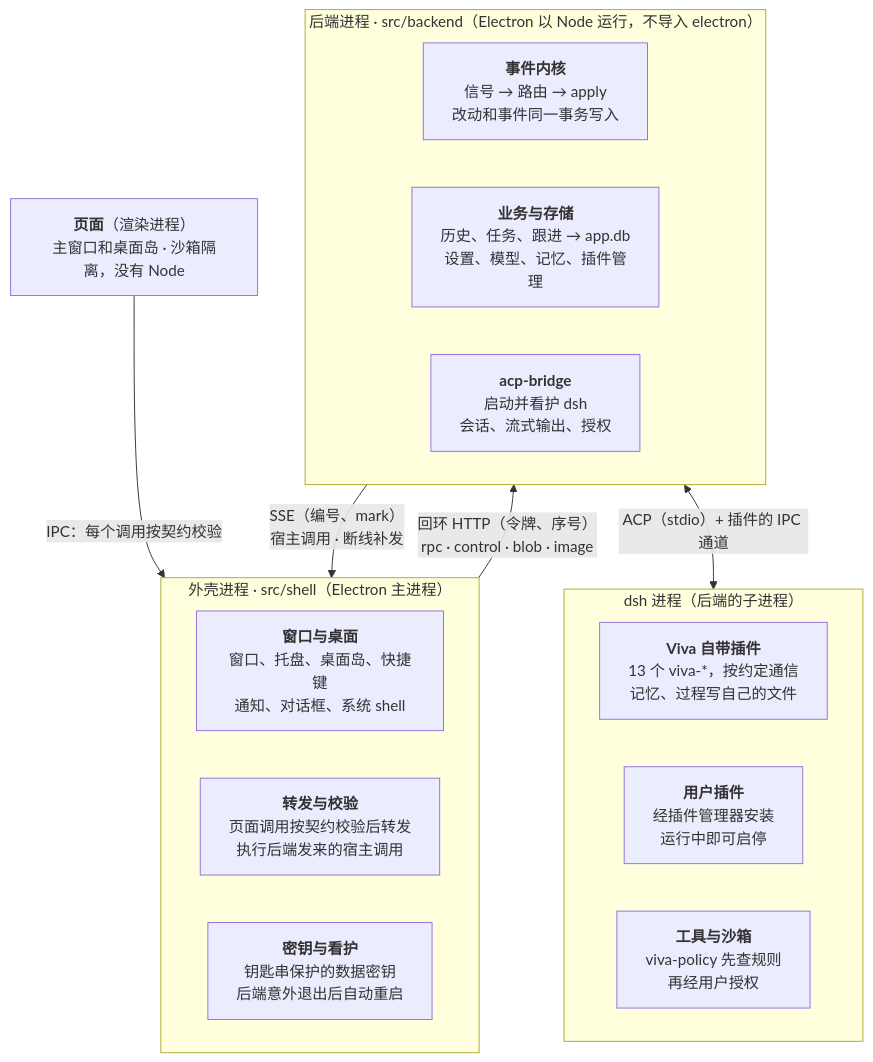
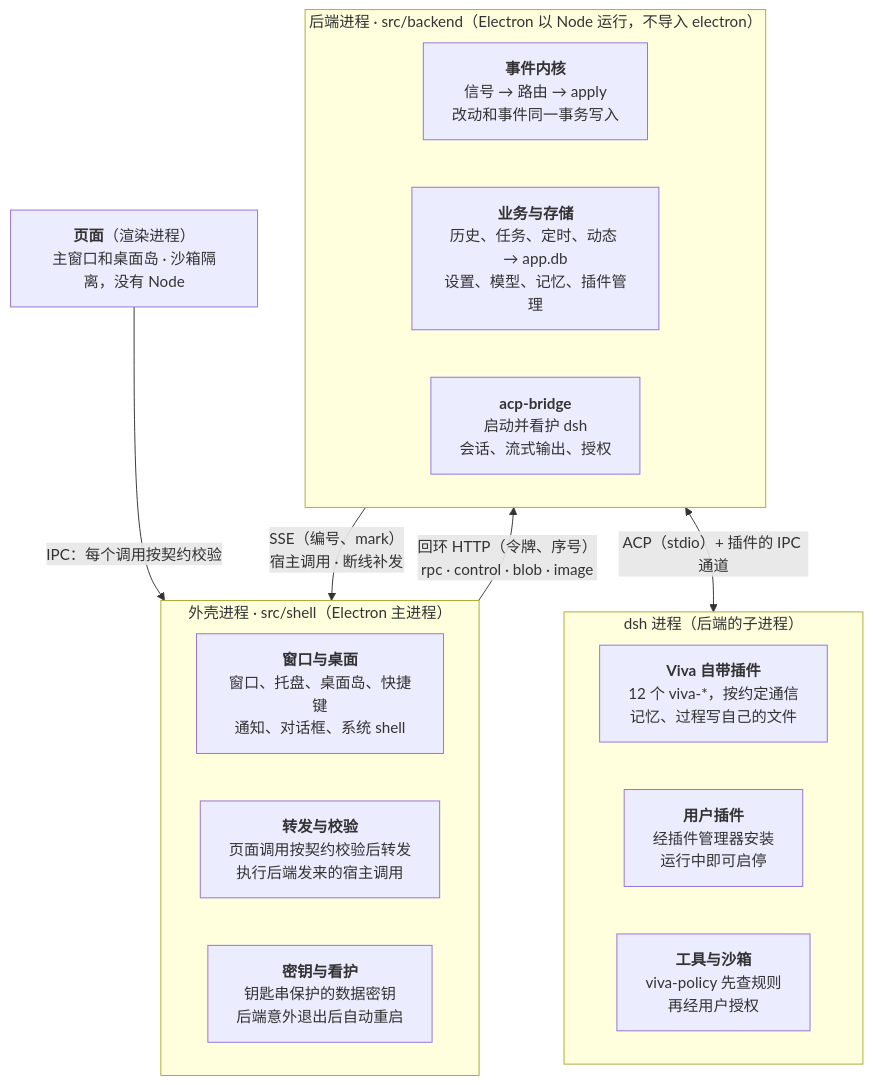
Before and after one commit to JNS0724/Viva: the diagram in docs/system-design.zh-CN.md, drawn with Mermaid. The commit also changed other lines of this file and 106 other files, not shown here.

````diff
--- a/docs/system-design.zh-CN.md
+++ b/docs/system-design.zh-CN.md
@@ -24,23 +24,23 @@
 ```mermaid
 flowchart TB
   pages["<b>页面</b>（渲染进程）<br/>主窗口和桌面岛 · 沙箱隔离，没有 Node"]
   subgraph shell["外壳进程 · src/shell（Electron 主进程）"]
     s1["<b>窗口与桌面</b><br/>窗口、托盘、桌面岛、快捷键<br/>通知、对话框、系统 shell"]
     s2["<b>转发与校验</b><br/>页面调用按契约校验后转发<br/>执行后端发来的宿主调用"]
     s3["<b>密钥与看护</b><br/>钥匙串保护的数据密钥<br/>后端意外退出后自动重启"]
   end
   subgraph backend["后端进程 · src/backend（Electron 以 Node 运行，不导入 electron）"]
     b1["<b>事件内核</b><br/>信号 → 路由 → apply<br/>改动和事件同一事务写入"]
-    b2["<b>业务与存储</b><br/>历史、任务、跟进 → app.db<br/>设置、模型、记忆、插件管理"]
+    b2["<b>业务与存储</b><br/>历史、任务、定时、动态 → app.db<br/>设置、模型、记忆、插件管理"]
     b3["<b>acp-bridge</b><br/>启动并看护 dsh<br/>会话、流式输出、授权"]
   end
   subgraph dsh["dsh 进程（后端的子进程）"]
-    d1["<b>Viva 自带插件</b><br/>13 个 viva-*，按约定通信<br/>记忆、过程写自己的文件"]
+    d1["<b>Viva 自带插件</b><br/>12 个 viva-*，按约定通信<br/>记忆、过程写自己的文件"]
     d2["<b>用户插件</b><br/>经插件管理器安装<br/>运行中即可启停"]
     d3["<b>工具与沙箱</b><br/>viva-policy 先查规则<br/>再经用户授权"]
   end
   pages -- "IPC：每个调用按契约校验" --> shell
   shell -- "回环 HTTP（令牌、序号）<br/>rpc · control · blob · image" --> backend
   backend -- "SSE（编号、mark）<br/>宿主调用 · 断线补发" --> shell
   backend <-->|"ACP（stdio）+ 插件的 IPC 通道"| dsh
 ```
````
